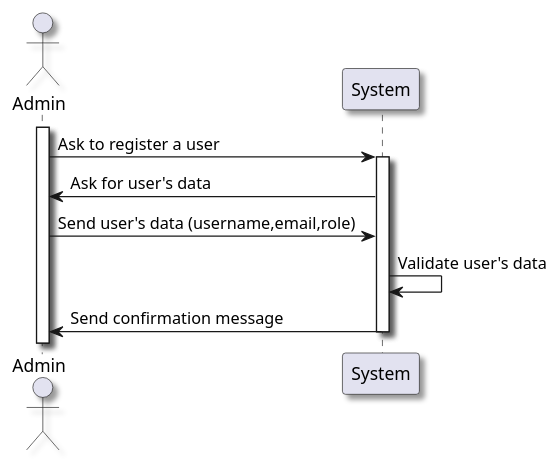
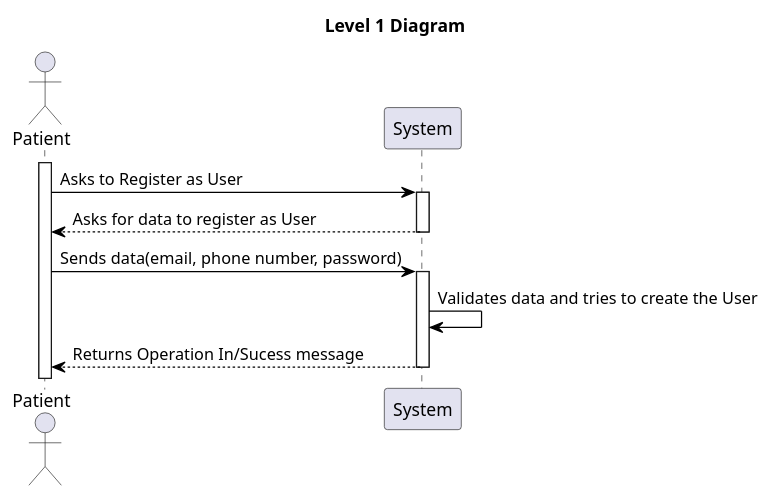
The diagram in docs/sprint_B/us_6.2.1/level_1/puml/level_1.puml (vscosousa/LAPR5_3DC_G15), drawn with PlantUML before and after one commit. The commit also changed 107 other files, not shown here.

```diff
--- a/docs/sprint_B/us_6.2.1/level_1/puml/level_1.puml
+++ b/docs/sprint_B/us_6.2.1/level_1/puml/level_1.puml
@@ -1,20 +1,33 @@
 @startuml level_1
 
-skinparam handwritten false
-skinparam monochrome false
-skinparam packageStyle rect
-skinparam defaultFontName FG Virgil
-skinparam shadowing true
+title Level 1 Diagram
 
-actor Admin as AD
+hide empty members
+'skinparam Linetype ortho
 
-activate AD
-AD -> System: Ask to register a user
+skinparam class {
+    BackgroundColor<<valueObject>> #D6EAF8
+    BackgroundColor<<root>> #FDEBD0
+    BackgroundColor<<service>> #D1F2EB
+    BackgroundColor #FEF9E7
+    ArrowColor Black
+}
+
+skinparam package {
+    BackgroundColor #EBF5FB
+}
+
+actor Patient as P
+
+activate P
+P -> System: Asks to Register as User
 activate System
-System -> AD: Ask for user's data
-AD -> System: Send user's data (username,email,role)
-System -> System: Validate user's data
-System -> AD: Send confirmation message
+System --> P: Asks for data to register as User
+deactivate System
+P -> System: Sends data(email, phone number, password)
+activate System
+System -> System: Validates data and tries to create the User
+System --> P: Returns Operation In/Sucess message
 deactivate System
 
 @enduml
```
